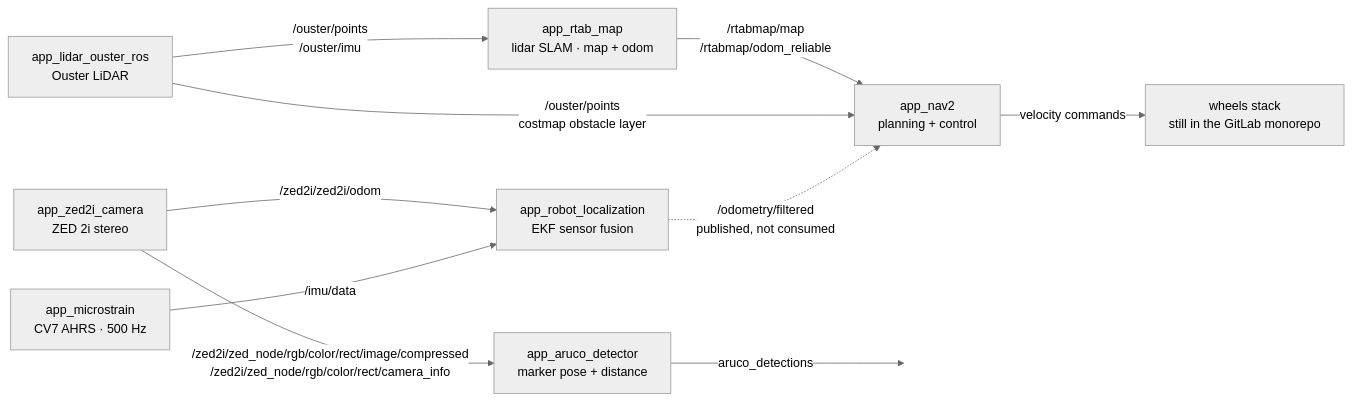
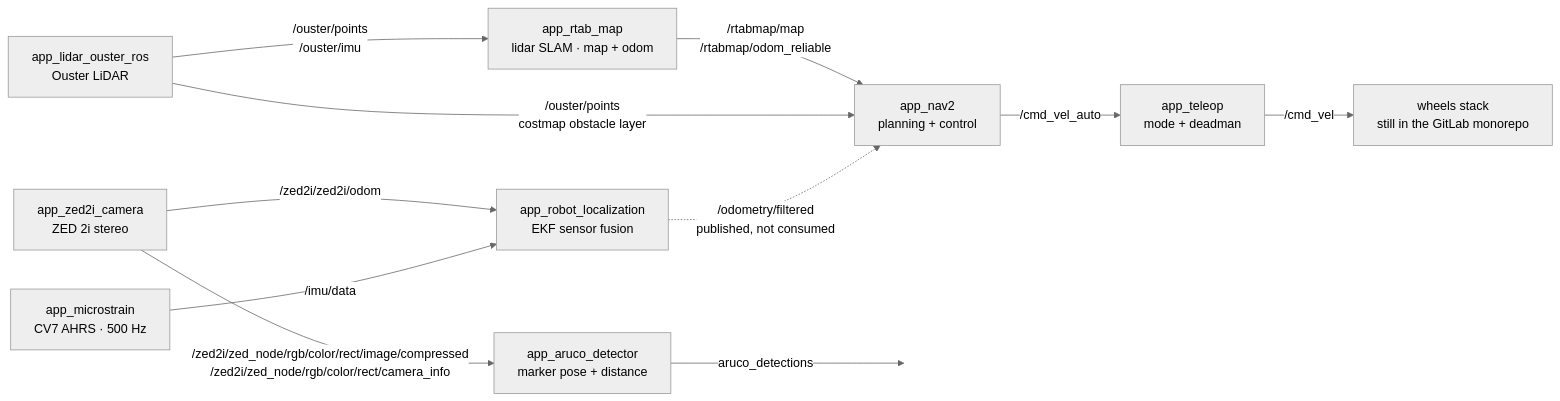
The first of 3 diagrams in ARCHITECTURE.md (PaulMDavid/navigation_ws), drawn with Mermaid (neutral theme) before and after one commit. The commit also changed other lines of this file and 39 other files, not shown here.

````diff
--- a/ARCHITECTURE.md
+++ b/ARCHITECTURE.md
@@ -13,23 +13,25 @@
 ```mermaid
 flowchart LR
   zed["app_zed2i_camera<br/>ZED 2i stereo"]
   ouster["app_lidar_ouster_ros<br/>Ouster LiDAR"]
   micro["app_microstrain<br/>CV7 AHRS · 500 Hz"]
   rtab["app_rtab_map<br/>lidar SLAM · map + odom"]
   ekf["app_robot_localization<br/>EKF sensor fusion"]
   nav2["app_nav2<br/>planning + control"]
   aruco["app_aruco_detector<br/>marker pose + distance"]
   wheels["wheels stack<br/>still in the GitLab monorepo"]
 
   zed -->|"/zed2i/zed_node/rgb/color/rect/image/compressed<br/>/zed2i/zed_node/rgb/color/rect/camera_info"| aruco
   zed -->|"/zed2i/zed2i/odom"| ekf
   ouster -->|"/ouster/points<br/>/ouster/imu"| rtab
   micro -->|"/imu/data"| ekf
   rtab -->|"/rtabmap/map<br/>/rtabmap/odom_reliable"| nav2
   ouster -->|"/ouster/points<br/>costmap obstacle layer"| nav2
   ekf -.->|"/odometry/filtered<br/>published, not consumed"| nav2
   aruco -->|"aruco_detections"| out[" "]
-  nav2 -->|"velocity commands"| wheels
+  teleop["app_teleop<br/>mode + deadman"]
+  nav2 -->|"/cmd_vel_auto"| teleop
+  teleop -->|"/cmd_vel"| wheels
 
   style out fill:none,stroke:none
 ```
````
